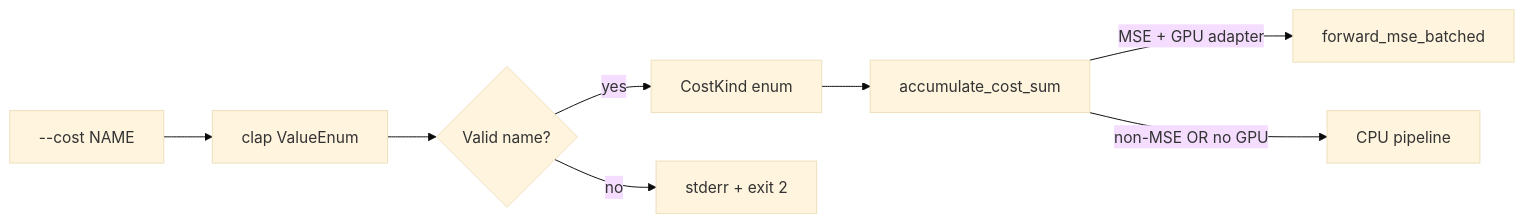
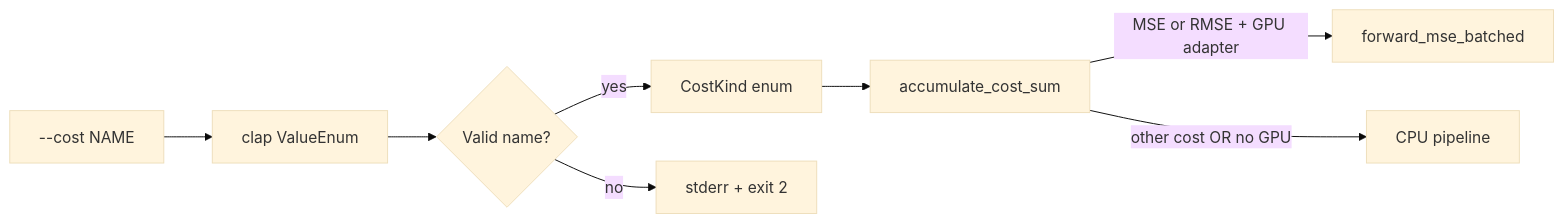
Before and after one commit to stSoftwareAU/NEAT-AI-scorer: the third of 11 diagrams in README.md, drawn with Mermaid (base theme). The commit also changed other lines of this file and 14 other files, not shown here.

First line of the commit message:
Milestone: #337 Support RMSE as a cost function (#347)

````diff
--- a/README.md
+++ b/README.md
@@ -327,10 +339,10 @@
 ```mermaid
 flowchart LR
     CLI[--cost NAME] --> Parse[clap ValueEnum]
     Parse --> Valid{Valid name?}
     Valid -->|yes| CostKind[CostKind enum]
     Valid -->|no| Err[stderr + exit 2]
     CostKind --> Dispatch[accumulate_cost_sum]
-    Dispatch -->|MSE + GPU adapter| GPU[forward_mse_batched]
-    Dispatch -->|non-MSE OR no GPU| CPU[CPU pipeline]
+    Dispatch -->|MSE or RMSE + GPU adapter| GPU[forward_mse_batched]
+    Dispatch -->|other cost OR no GPU| CPU[CPU pipeline]
 ```
````
